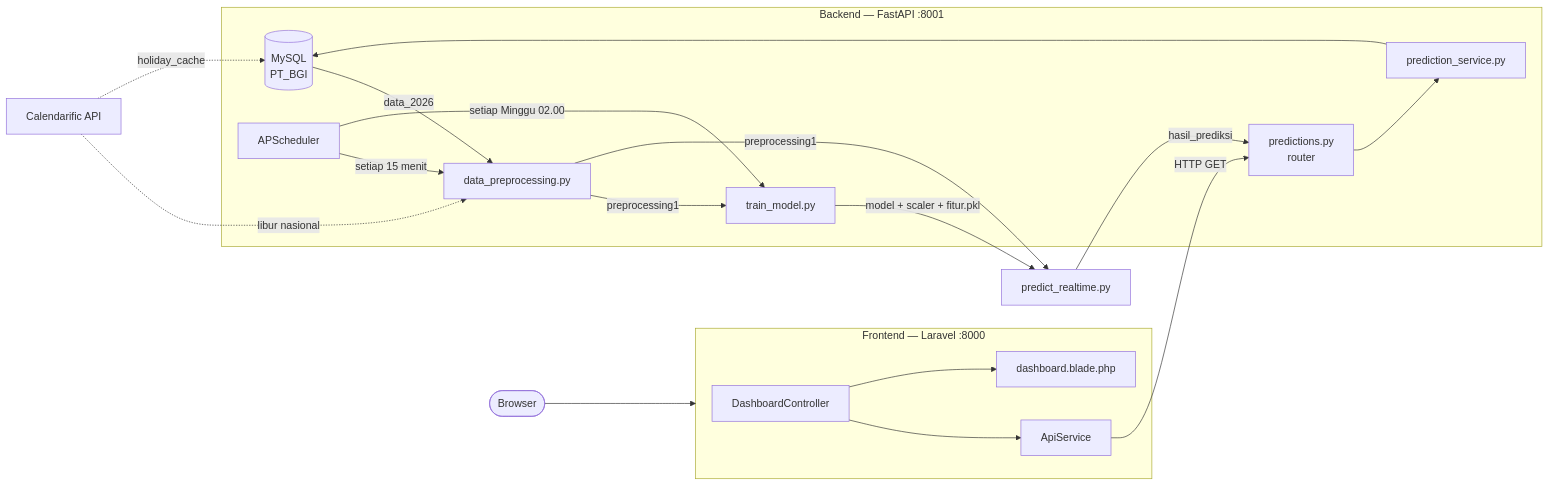
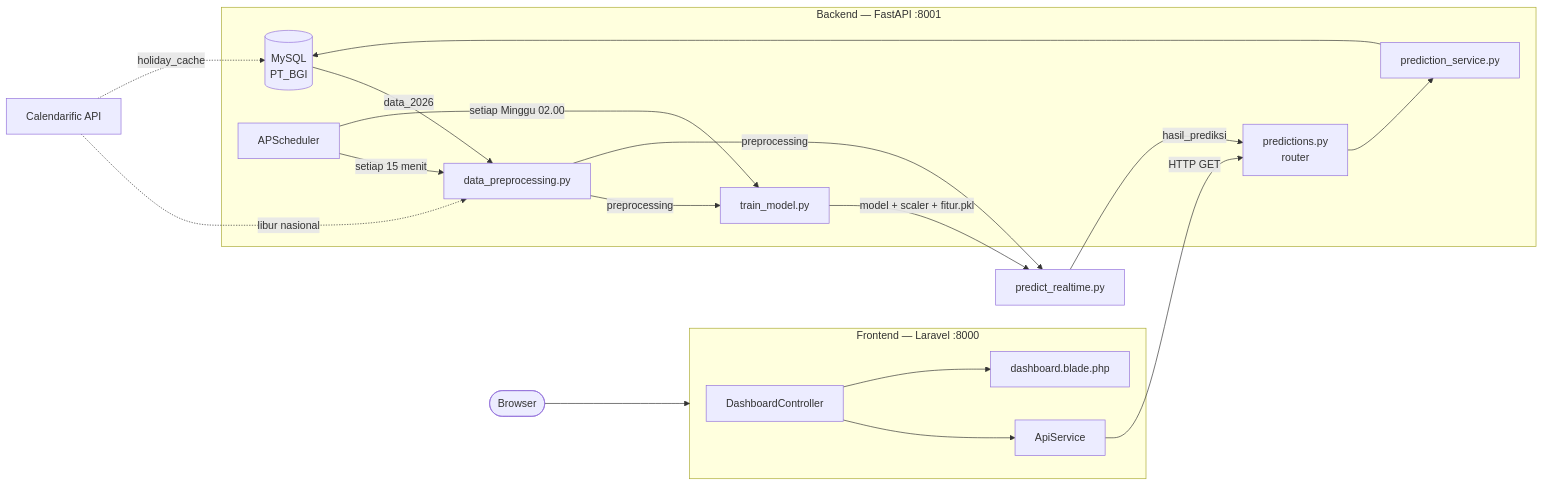
The first of 2 diagrams in PANDUAN TEKNIS.md (rafiimk7/Implementasi_ML), drawn with Mermaid before and after one commit. The commit also changed other lines of this file and 19 other files, not shown here.

````diff
--- a/PANDUAN TEKNIS.md
+++ b/PANDUAN TEKNIS.md
@@ -63,31 +63,31 @@
 ```mermaid
 flowchart LR
     DB[(MySQL\nPT_BGI)] -->|data_2026| PP[data_preprocessing.py]
-    PP -->|preprocessing1| TM[train_model.py]
-    PP -->|preprocessing1| PR[predict_realtime.py]
+    PP -->|preprocessing| TM[train_model.py]
+    PP -->|preprocessing| PR[predict_realtime.py]
     TM -->|model + scaler + fitur.pkl| PR
     PR -->|hasil_prediksi| API
     CAL[Calendarific API] -.->|libur nasional| PP
     CAL -.->|holiday_cache| DB
 
     subgraph Backend [Backend — FastAPI :8001]
         API[predictions.py\nrouter]
         SCHED[APScheduler]
         SVC[prediction_service.py]
         API --> SVC
         SVC --> DB
         SCHED -->|setiap 15 menit| PP
         SCHED -->|setiap Minggu 02.00| TM
     end
 
     subgraph Frontend [Frontend — Laravel :8000]
         CTRL[DashboardController]
         APISVC[ApiService]
         VIEW[dashboard.blade.php]
         CTRL --> APISVC
         APISVC -->|HTTP GET| API
         CTRL --> VIEW
     end
 
     User([Browser]) --> Frontend
 ```
````
